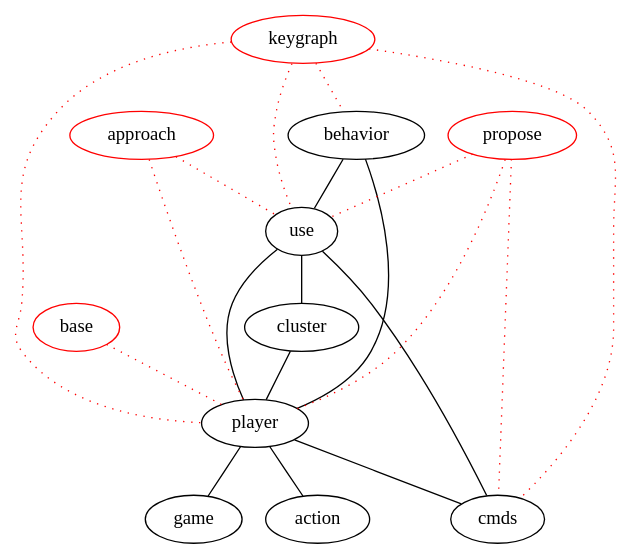
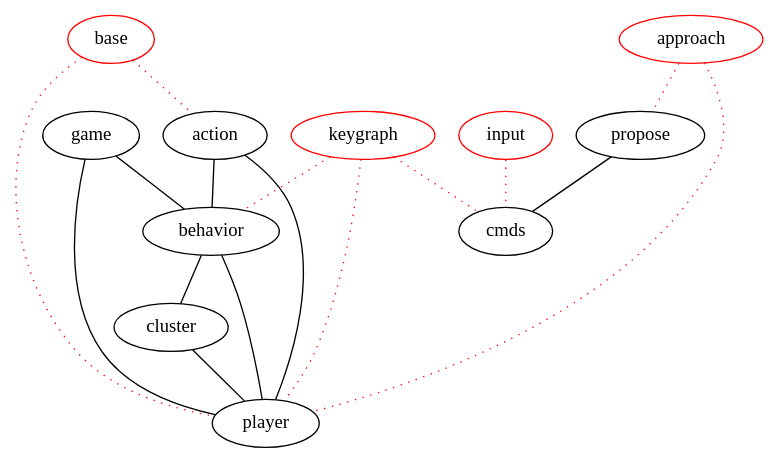
The diagram in dot/abstract.dot (michaelweiss/keygraph), drawn with Graphviz before and after one commit. The commit also changed 9 other files, not shown here.

```diff
--- a/dot/abstract.dot
+++ b/dot/abstract.dot
@@ -1,33 +1,30 @@
 graph keygraph {
 graph [size="10,10"]
+game [color="black"]
+behavior [color="black"]
 cmds [color="black"]
+player [color="black"]
+propose [color="black"]
 action [color="black"]
-behavior [color="black"]
-use [color="black"]
-player [color="black"]
-game [color="black"]
 cluster [color="black"]
+approach [color="red"]
 keygraph [color="red"]
-propose [color="red"]
+input [color="red"]
 base [color="red"]
-approach [color="red"]
-behavior--use
+action--behavior
+action--player
+game--behavior
+game--player
+behavior--cluster
 behavior--player
-use--cluster
-use--cmds
-use--player
 cluster--player
-player--action
-player--game
-player--cmds
+propose--cmds
+base--action [color="red", style="dotted"]
+keygraph--behavior [color="red", style="dotted"]
 keygraph--cmds [color="red", style="dotted"]
-keygraph--behavior [color="red", style="dotted"]
-keygraph--use [color="red", style="dotted"]
 keygraph--player [color="red", style="dotted"]
-approach--use [color="red", style="dotted"]
+input--cmds [color="red", style="dotted"]
 approach--player [color="red", style="dotted"]
-propose--cmds [color="red", style="dotted"]
-propose--use [color="red", style="dotted"]
-propose--player [color="red", style="dotted"]
+approach--propose [color="red", style="dotted"]
 base--player [color="red", style="dotted"]
 }
```
